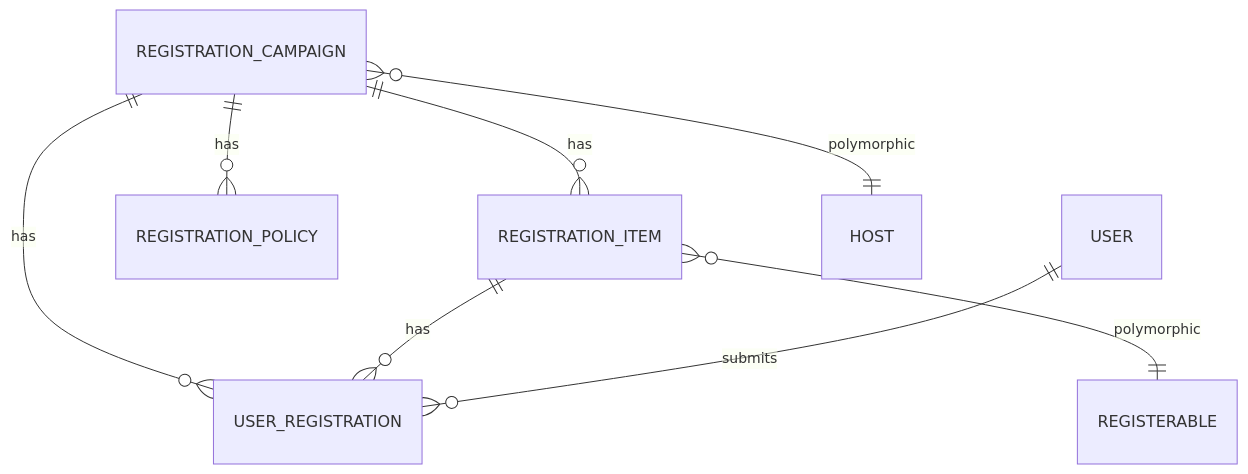
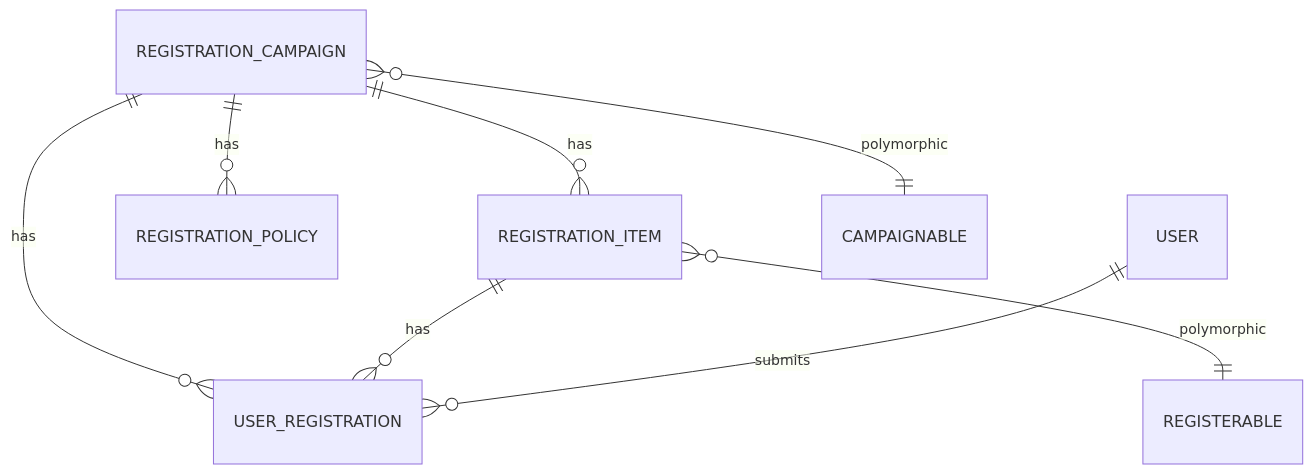
The second of 2 diagrams in architecture/src/features/02-registration-system.md (MaMpf-HD/mampf), drawn with Mermaid before and after one commit. The commit also changed other lines of this file and 1 other file, not shown here.

Commit message:
Rewrite registration

````diff
--- a/architecture/src/features/02-registration-system.md
+++ b/architecture/src/features/02-registration-system.md
@@ -545,10 +633,10 @@
 ```mermaid
 erDiagram
 	REGISTRATION_CAMPAIGN ||--o{ REGISTRATION_ITEM : has
 	REGISTRATION_CAMPAIGN ||--o{ REGISTRATION_POLICY : has
 	REGISTRATION_CAMPAIGN ||--o{ USER_REGISTRATION : has
 	REGISTRATION_ITEM ||--o{ USER_REGISTRATION : has
 	USER ||--o{ USER_REGISTRATION : submits
 	REGISTRATION_ITEM }o--|| REGISTERABLE : polymorphic
-	REGISTRATION_CAMPAIGN }o--|| HOST : polymorphic
+	REGISTRATION_CAMPAIGN }o--|| CAMPAIGNABLE : polymorphic
 ```
````
